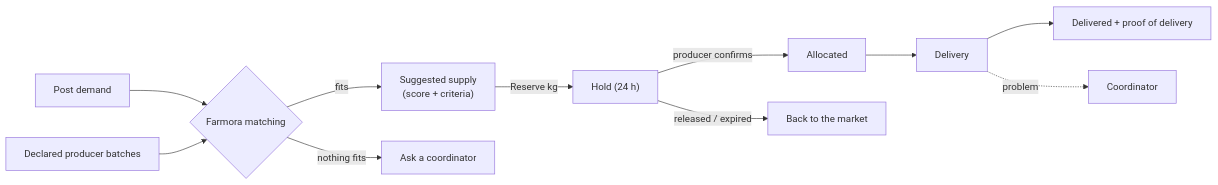
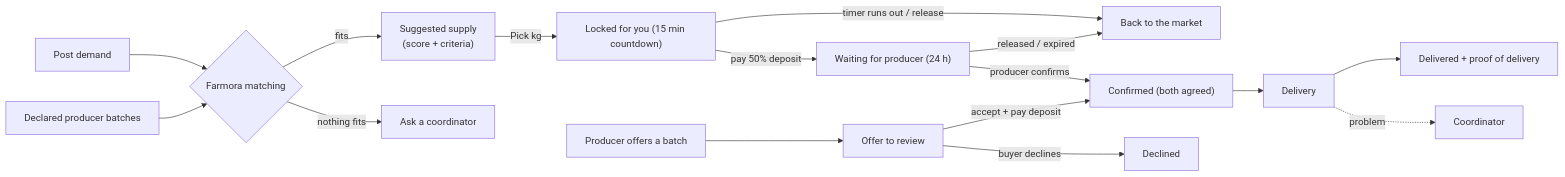
The first of 4 diagrams in docs/buyer/README.md (DACN-Manifest-NongNh-p/agri-supply-demand-platform), drawn with Mermaid before and after one commit. The commit also changed other lines of this file and 78 other files, not shown here.

````diff
--- a/docs/buyer/README.md
+++ b/docs/buyer/README.md
@@ -23,13 +25,18 @@
 ```mermaid
 flowchart LR
     Post["Post demand"] --> Match{"Farmora matching"}
     Batch["Declared producer batches"] --> Match
     Match -- "fits" --> Suggest["Suggested supply<br/>(score + criteria)"]
     Match -- "nothing fits" --> Ask["Ask a coordinator"]
-    Suggest -- "Reserve kg" --> Hold["Hold (24 h)"]
-    Hold -- "producer confirms" --> Allocated["Allocated"]
+    Suggest -- "Pick kg" --> Lock["Locked for you (15 min countdown)"]
+    Lock -- "pay 50% deposit" --> Hold["Waiting for producer (24 h)"]
+    Lock -- "timer runs out / release" --> Market
+    Offer["Producer offers a batch"] --> Review["Offer to review"]
+    Hold -- "producer confirms" --> Confirmed["Confirmed (both agreed)"]
+    Review -- "accept + pay deposit" --> Confirmed
+    Review -- "buyer declines" --> Declined["Declined"]
     Hold -- "released / expired" --> Market["Back to the market"]
-    Allocated --> Ship["Delivery"]
+    Confirmed --> Ship["Delivery"]
     Ship --> Done["Delivered + proof of delivery"]
     Ship -. "problem" .-> Coord["Coordinator"]
 ```
````
